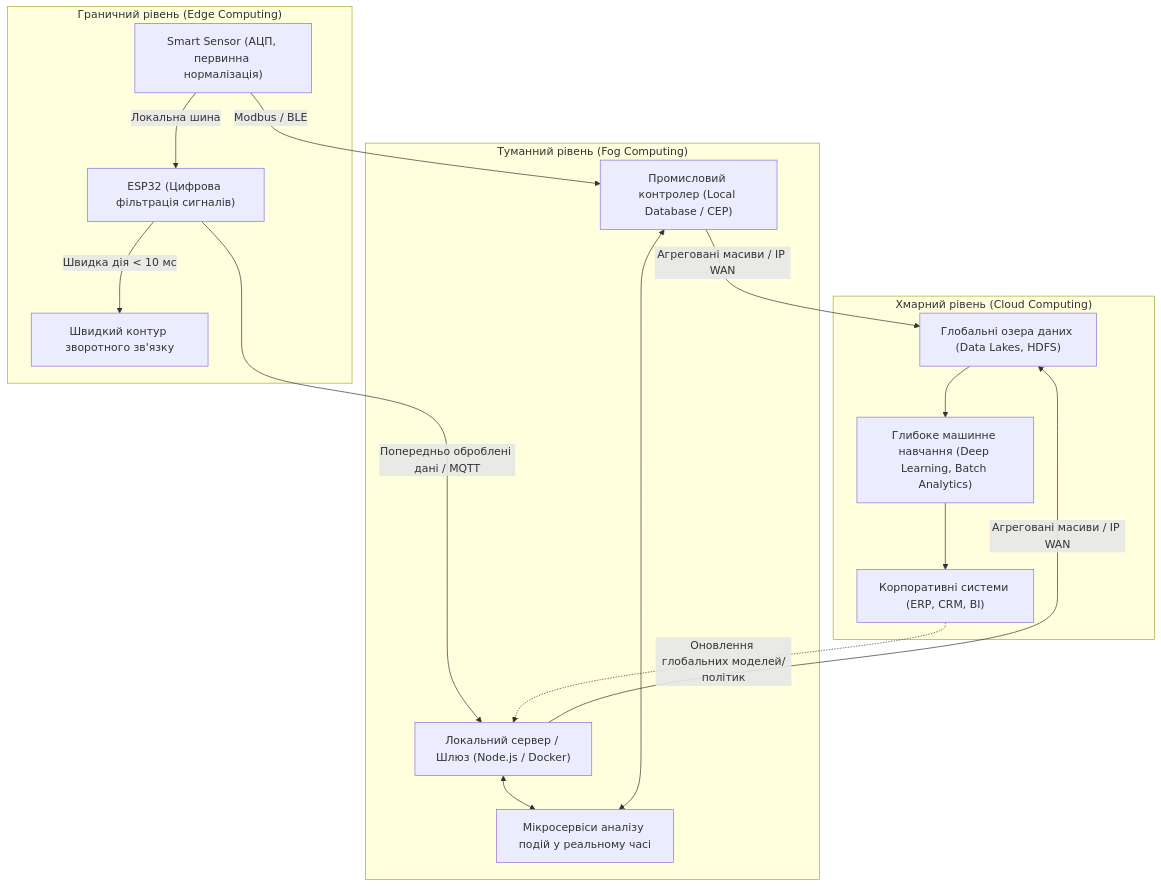
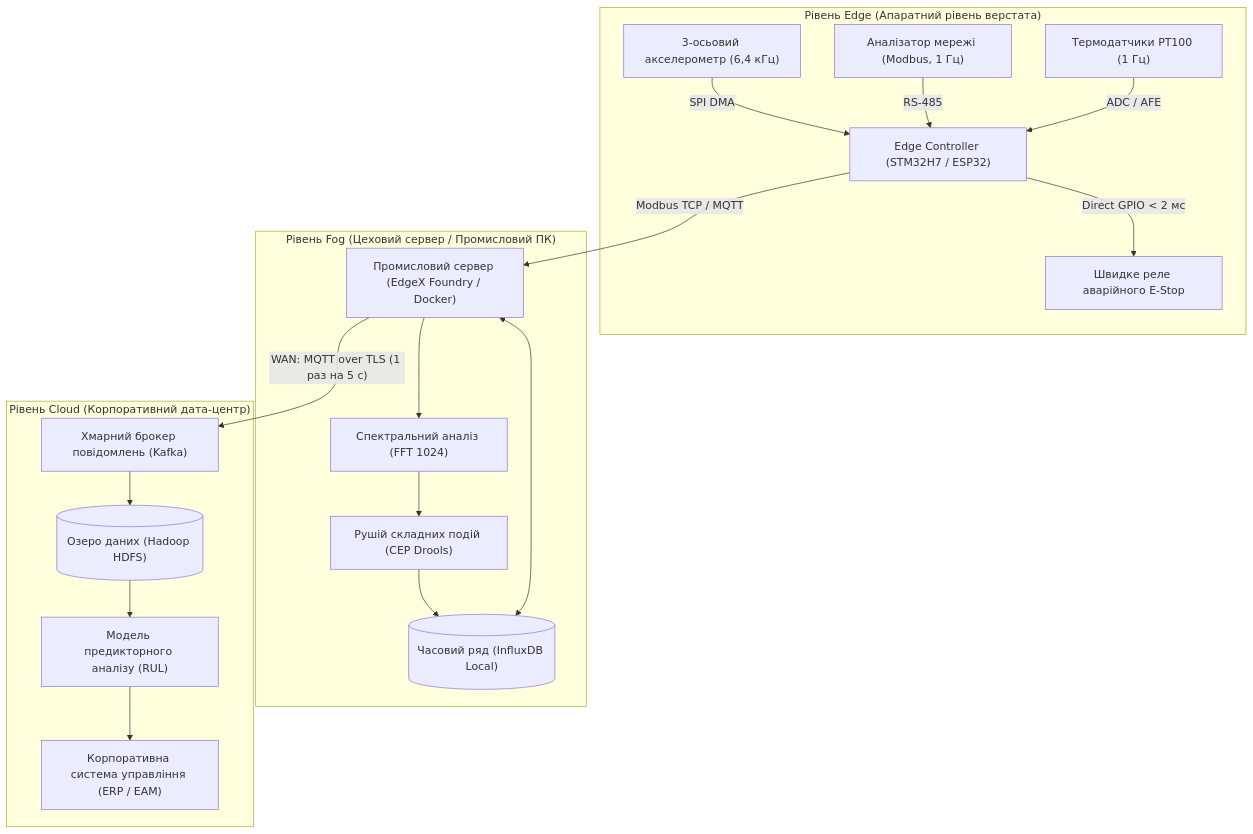
One commit to KyryloVadurin/iot-technologies changed the fourth of 4 diagrams in docs/lk/lk1.md. Above: the diagram before and after it, drawn with Mermaid. The commit also changed other lines of this file, not shown here.

````diff
--- a/docs/lk/lk1.md
+++ b/docs/lk/lk1.md
@@ -171,32 +392,42 @@
 ```mermaid
 flowchart TD
-    subgraph CloudLayer["Хмарний рівень (Cloud Computing)"]
-        CloudStorage["Глобальні озера даних (Data Lakes, HDFS)"]
-        BigDataAnalytics["Глибоке машинне навчання (Deep Learning, Batch Analytics)"]
-        BizLogic["Корпоративні системи (ERP, CRM, BI)"]
+    subgraph Level1["Рівень Edge (Апаратний рівень верстата)"]
+        S_Vib["3-осьовий акселерометр (6,4 кГц)"]
+        S_Pwr["Аналізатор мережі (Modbus, 1 Гц)"]
+        S_Temp["Термодатчики PT100 (1 Гц)"]
+        MCU["Edge Controller (STM32H7 / ESP32)"]
+        Relay["Швидке реле аварійного E-Stop"]
+        
+        S_Vib -->|"SPI DMA"| MCU
+        S_Pwr -->|"RS-485"| MCU
+        S_Temp -->|"ADC / AFE"| MCU
+        MCU -->|"Direct GPIO < 2 мс"| Relay
     end
 
-    subgraph FogLayer["Туманний рівень (Fog Computing)"]
-        FogNode1["Локальний сервер / Шлюз (Node.js / Docker)"]
-        FogNode2["Промисловий контролер (Local Database / CEP)"]
-        Microservices["Мікросервіси аналізу подій у реальному часі"]
+    subgraph Level2["Рівень Fog (Цеховий сервер / Промисловий ПК)"]
+        FogNode["Промисловий сервер (EdgeX Foundry / Docker)"]
+        LocalDB[("Часовий ряд (InfluxDB Local)")]
+        FFT_Engine["Спектральний аналіз (FFT 1024)"]
+        CEP["Рушій складних подій (CEP Drools)"]
+        
+        FogNode --> FFT_Engine
+        FFT_Engine --> CEP
+        CEP --> LocalDB
+        FogNode <--> LocalDB
     end
 
-    subgraph EdgeLayer["Граничний рівень (Edge Computing)"]
-        EdgeMCU1["ESP32 (Цифрова фільтрація сигналів)"]
-        EdgeMCU2["Smart Sensor (АЦП, первинна нормалізація)"]
-        ActuatorNode["Швидкий контур зворотного зв'язку"]
+    subgraph Level3["Рівень Cloud (Корпоративний дата-центр)"]
+        CloudBroker["Хмарний брокер повідомлень (Kafka)"]
+        DataLake[("Озеро даних (Hadoop HDFS)")]
+        PredictiveML["Модель предикторного аналізу (RUL)"]
+        ERP["Корпоративна система управління (ERP / EAM)"]
+        
+        CloudBroker --> DataLake
+        DataLake --> PredictiveML
+        PredictiveML --> ERP
     end
 
-    EdgeMCU1 -->|Швидка дія < 10 мс| ActuatorNode
-    EdgeMCU2 -->|Локальна шина| EdgeMCU1
-    EdgeMCU1 -->|Попередньо оброблені дані / MQTT| FogNode1
-    EdgeMCU2 -->|Modbus / BLE| FogNode2
-    FogNode1 <--> Microservices
-    FogNode2 <--> Microservices
-    FogNode1 -->|Агреговані масиви / IP WAN| CloudStorage
-    FogNode2 -->|Агреговані масиви / IP WAN| CloudStorage
-    CloudStorage --> BigDataAnalytics
-    BigDataAnalytics --> BizLogic
-    BizLogic -.->|Оновлення глобальних моделей/політик| FogNode1
+    %% Міжрівневі зв'язки (винесені назовні)
+    MCU -->|"Modbus TCP / MQTT"| FogNode
+    FogNode -->|"WAN: MQTT over TLS (1 раз на 5 с)"| CloudBroker
 ```
````
